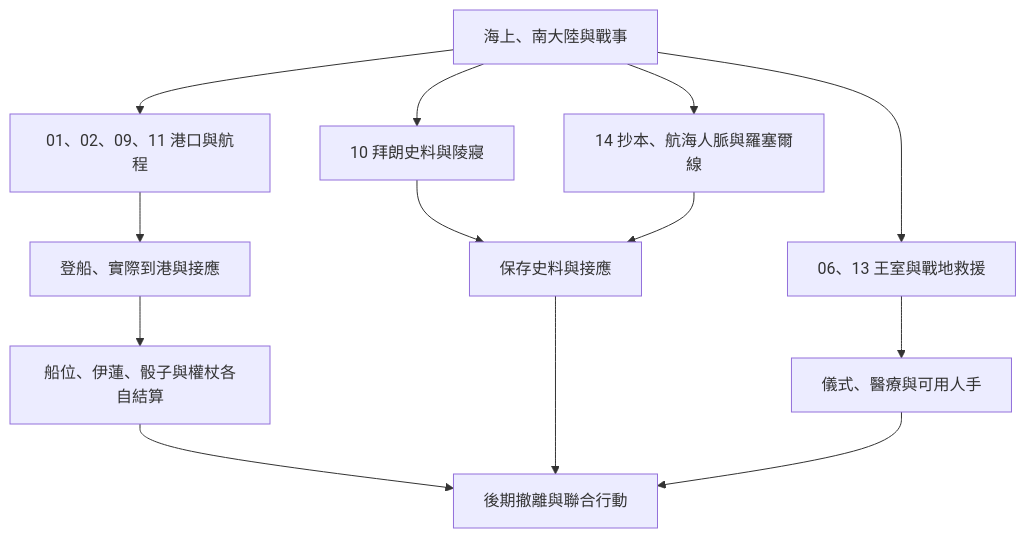
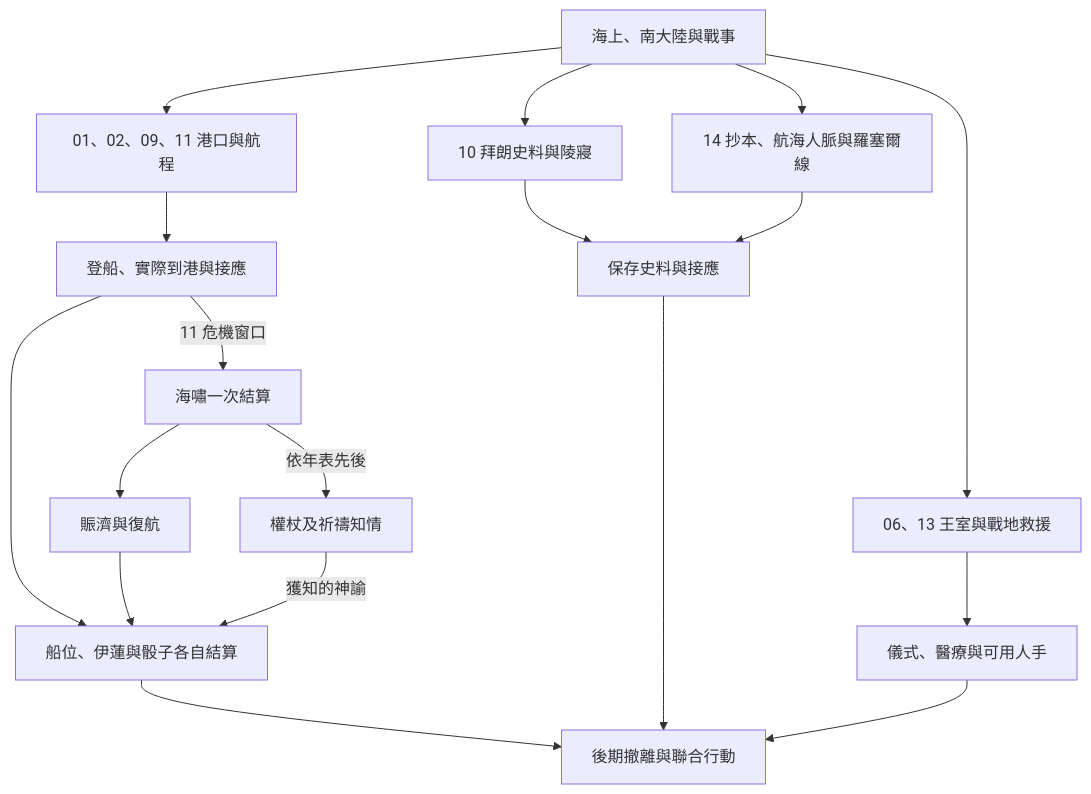
The fifth of 7 diagrams in game/events/part_one_story_tree.md (dragon961204-cmd/-), drawn with Mermaid before and after one commit. The commit also changed other lines of this file, not shown here.

Commit message:
第十四批拜亞姆海嘯 part_one_story_tree.md

````diff
--- a/game/events/part_one_story_tree.md
+++ b/game/events/part_one_story_tree.md
@@ -93,15 +93,20 @@
 ```mermaid
 flowchart TD
     A["海上、南大陸與戰事"] --> B["01、02、09、11 港口與航程"]
     A --> C["10 拜朗史料與陵寢"]
     A --> D["14 抄本、航海人脈與羅塞爾線"]
     A --> E["06、13 王室與戰地救援"]
     B --> J["登船、實際到港與接應"]
-    J --> F["船位、伊蓮、骰子與權杖各自結算"]
+    J --> F["船位、伊蓮與骰子各自結算"]
+    J -->|"11 危機窗口"| K["海嘯一次結算"]
+    K --> L["賑濟與復航"]
+    K -->|"依年表先後"| M["權杖及祈禱知情"]
+    L --> F
+    M -->|"獲知的神諭"| F
     C --> G["保存史料與接應"]
     D --> G
     E --> H["儀式、醫療與可用人手"]
     F --> I["後期撤離與聯合行動"]
     G --> I
     H --> I
 ```
````
